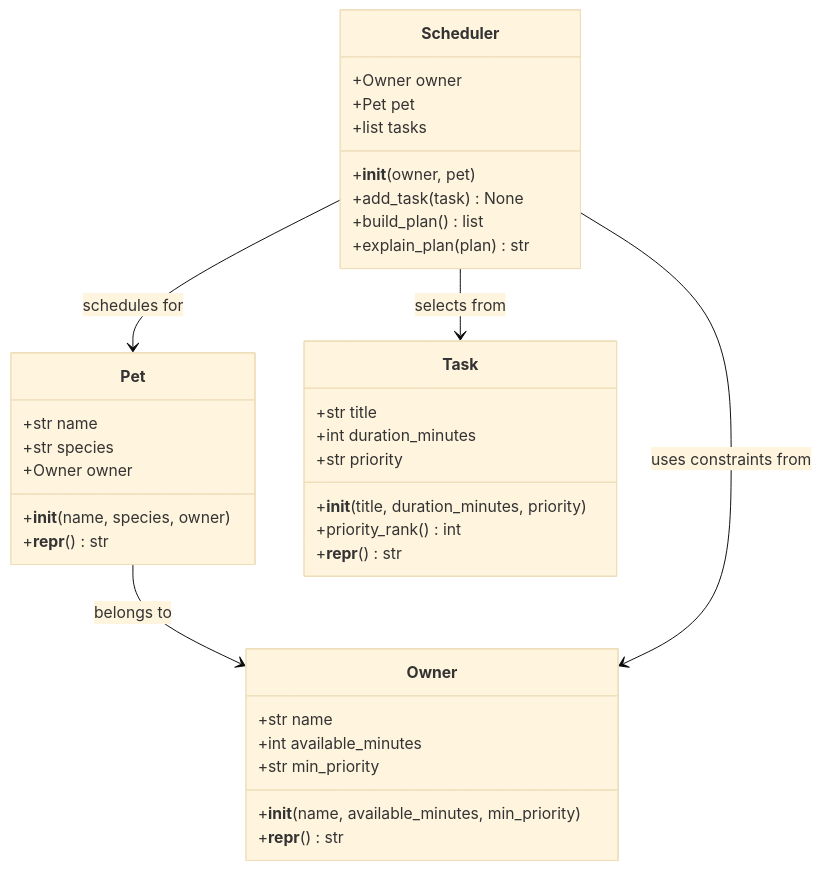
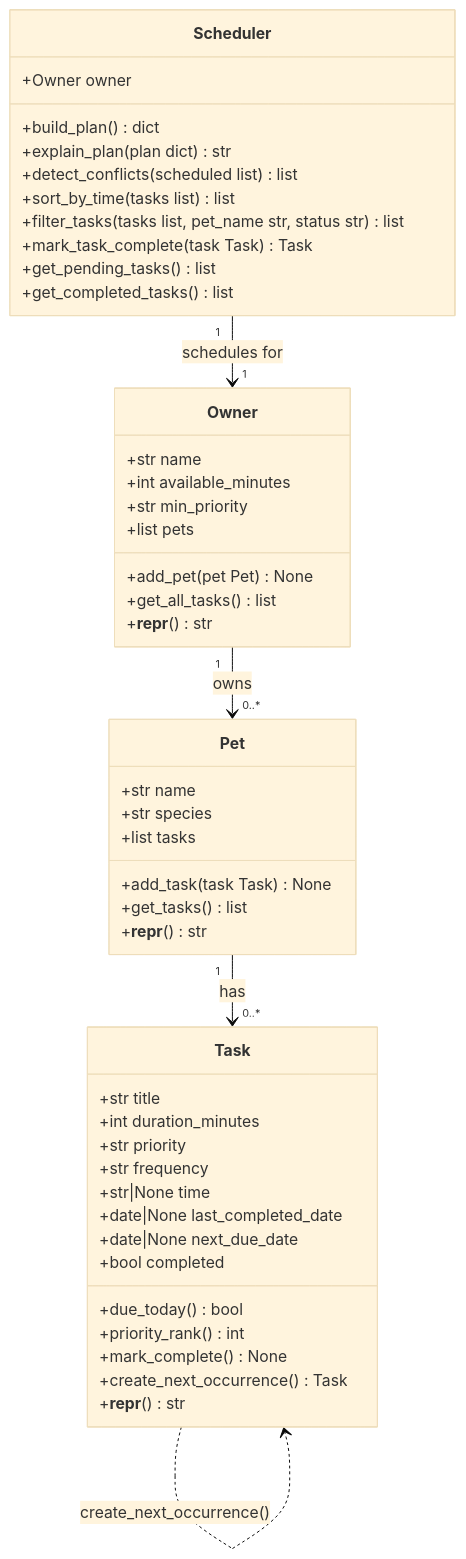
Before and after one commit to ericitem/ai110-module2show-pawpal-starter: the diagram in class-diagram.md, drawn with Mermaid (base theme). The commit also changed 3 other files, not shown here.

First line of the commit message:
feat: polish UI, update UML diagram, improve README, and complete reflection

````diff
--- a/class-diagram.md
+++ b/class-diagram.md
@@ -3,42 +3,54 @@
 ```mermaid
 classDiagram
-    class Owner {
-        +str name
-        +int available_minutes
-        +str min_priority
-        +__init__(name, available_minutes, min_priority)
+    class Task {
+        +str title
+        +int duration_minutes
+        +str priority
+        +str frequency
+        +str|None time
+        +date|None last_completed_date
+        +date|None next_due_date
+        +bool completed
+        +due_today() bool
+        +priority_rank() int
+        +mark_complete() None
+        +create_next_occurrence() Task
         +__repr__() str
     }
 
     class Pet {
         +str name
         +str species
-        +Owner owner
-        +__init__(name, species, owner)
+        +list tasks
+        +add_task(task Task) None
+        +get_tasks() list
         +__repr__() str
     }
 
-    class Task {
-        +str title
-        +int duration_minutes
-        +str priority
-        +__init__(title, duration_minutes, priority)
-        +priority_rank() int
+    class Owner {
+        +str name
+        +int available_minutes
+        +str min_priority
+        +list pets
+        +add_pet(pet Pet) None
+        +get_all_tasks() list
         +__repr__() str
     }
 
     class Scheduler {
         +Owner owner
-        +Pet pet
-        +list tasks
-        +__init__(owner, pet)
-        +add_task(task) None
-        +build_plan() list
-        +explain_plan(plan) str
+        +build_plan() dict
+        +explain_plan(plan dict) str
+        +detect_conflicts(scheduled list) list
+        +sort_by_time(tasks list) list
+        +filter_tasks(tasks list, pet_name str, status str) list
+        +mark_task_complete(task Task) Task
+        +get_pending_tasks() list
+        +get_completed_tasks() list
     }
 
-    Pet --> Owner : belongs to
-    Scheduler --> Owner : uses constraints from
-    Scheduler --> Pet : schedules for
-    Scheduler --> Task : selects from
+    Owner "1" --> "0..*" Pet : owns
+    Pet "1" --> "0..*" Task : has
+    Scheduler "1" --> "1" Owner : schedules for
+    Task ..> Task : create_next_occurrence()
 ```
````
